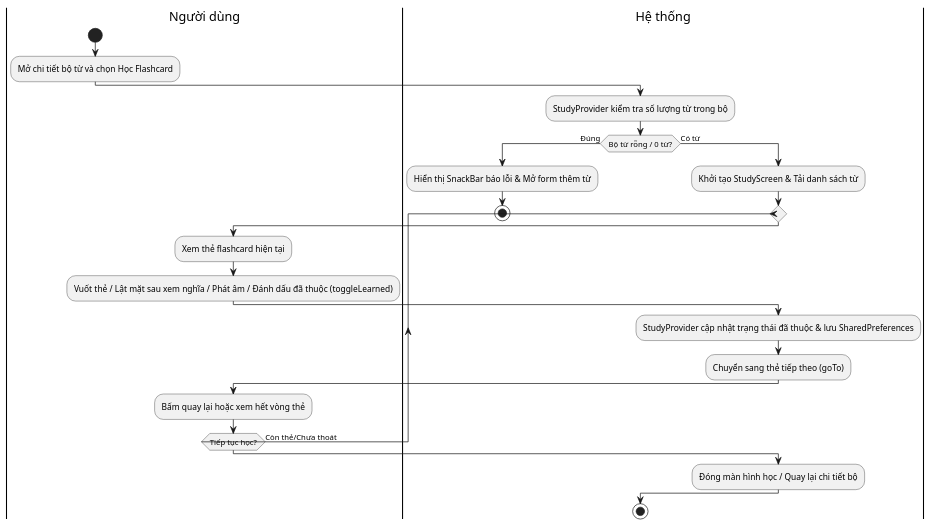
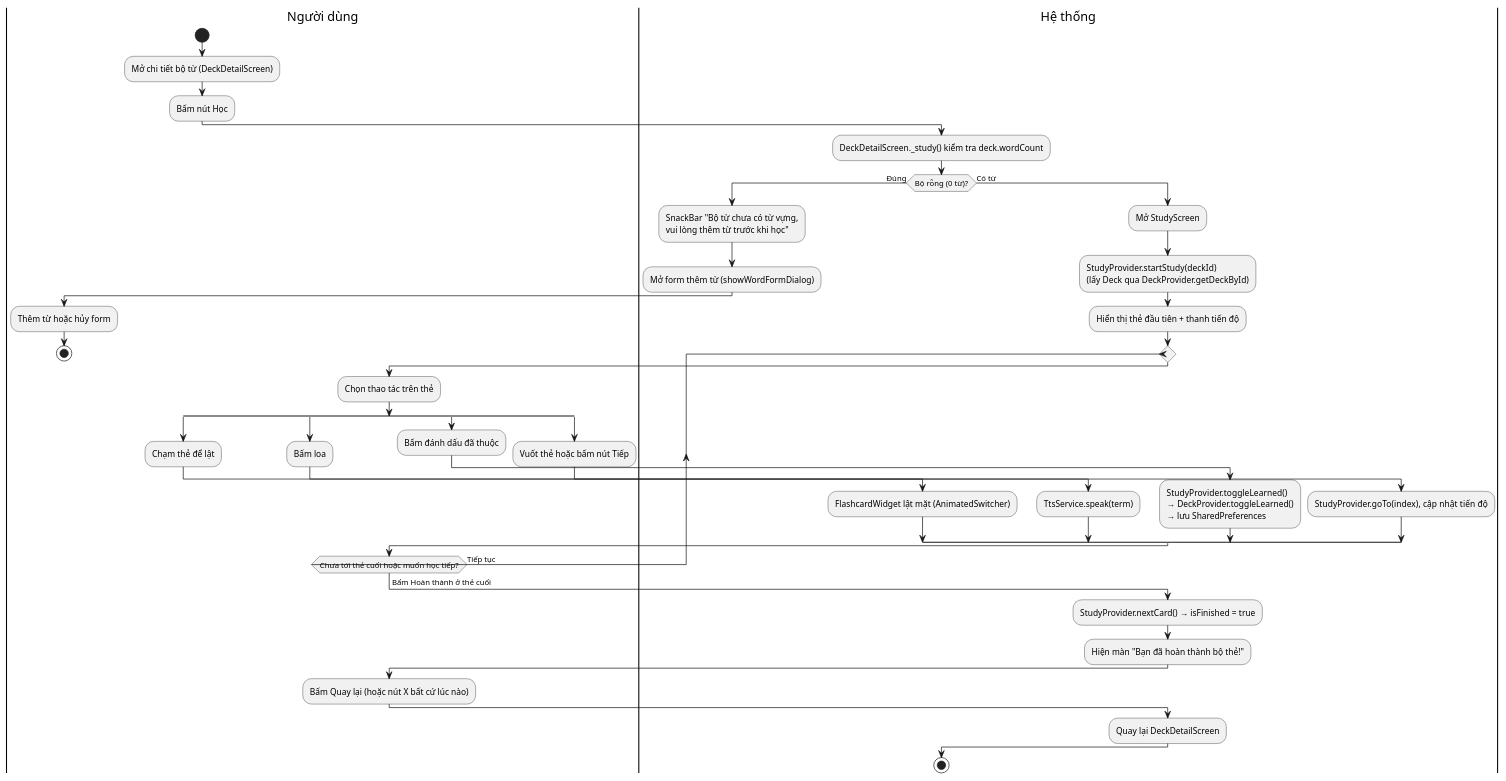
The diagram in docs/activity_study_flashcard.puml (hoang-adu/2026_2027_1_1_LTTBDD_N01_Nhom_2), drawn with PlantUML before and after one commit. The commit also changed 8 other files, not shown here.

Commit message:
docs(uml): sửa sơ đồ sequence/activity khớp với code

```diff
--- a/docs/activity_study_flashcard.puml
+++ b/docs/activity_study_flashcard.puml
@@ -1,31 +1,56 @@
 @startuml
 |Người dùng|
 start
-:Mở chi tiết bộ từ và chọn Học Flashcard;
+:Mở chi tiết bộ từ (DeckDetailScreen);
+:Bấm nút Học;
 
 |Hệ thống|
-:StudyProvider kiểm tra số lượng từ trong bộ;
-if (Bộ từ rỗng / 0 từ?) then (Đúng)
-  :Hiển thị SnackBar báo lỗi & Mở form thêm từ;
+:DeckDetailScreen._study() kiểm tra deck.wordCount;
+if (Bộ rỗng (0 từ)?) then (Đúng)
+  :SnackBar "Bộ từ chưa có từ vựng,\nvui lòng thêm từ trước khi học";
+  :Mở form thêm từ (showWordFormDialog);
+  |Người dùng|
+  :Thêm từ hoặc hủy form;
   stop
 else (Có từ)
-  :Khởi tạo StudyScreen & Tải danh sách từ;
-  
+  |Hệ thống|
+  :Mở StudyScreen;
+  :StudyProvider.startStudy(deckId)\n(lấy Deck qua DeckProvider.getDeckById);
+  :Hiển thị thẻ đầu tiên + thanh tiến độ;
+
   repeat
     |Người dùng|
-    :Xem thẻ flashcard hiện tại;
-    :Vuốt thẻ / Lật mặt sau xem nghĩa / Phát âm / Đánh dấu đã thuộc (toggleLearned);
-    
-    |Hệ thống|
-    :StudyProvider cập nhật trạng thái đã thuộc & lưu SharedPreferences;
-    :Chuyển sang thẻ tiếp theo (goTo);
-    
+    :Chọn thao tác trên thẻ;
+    split
+      :Chạm thẻ để lật;
+      |Hệ thống|
+      :FlashcardWidget lật mặt (AnimatedSwitcher);
+    split again
+      |Người dùng|
+      :Bấm loa;
+      |Hệ thống|
+      :TtsService.speak(term);
+    split again
+      |Người dùng|
+      :Bấm đánh dấu đã thuộc;
+      |Hệ thống|
+      :StudyProvider.toggleLearned()\n→ DeckProvider.toggleLearned()\n→ lưu SharedPreferences;
+    split again
+      |Người dùng|
+      :Vuốt thẻ hoặc bấm nút Tiếp;
+      |Hệ thống|
+      :StudyProvider.goTo(index), cập nhật tiến độ;
+    end split
     |Người dùng|
-    :Bấm quay lại hoặc xem hết vòng thẻ;
-  repeat while (Tiếp tục học?) is (Còn thẻ/Chưa thoát)
-  
+  repeat while (Chưa tới thẻ cuối hoặc muốn học tiếp?) is (Tiếp tục)
+  ->Bấm Hoàn thành ở thẻ cuối;
   |Hệ thống|
-  :Đóng màn hình học / Quay lại chi tiết bộ;
+  :StudyProvider.nextCard() → isFinished = true;
+  :Hiện màn "Bạn đã hoàn thành bộ thẻ!";
+  |Người dùng|
+  :Bấm Quay lại (hoặc nút X bất cứ lúc nào);
+  |Hệ thống|
+  :Quay lại DeckDetailScreen;
 endif
 stop
 @enduml
```
